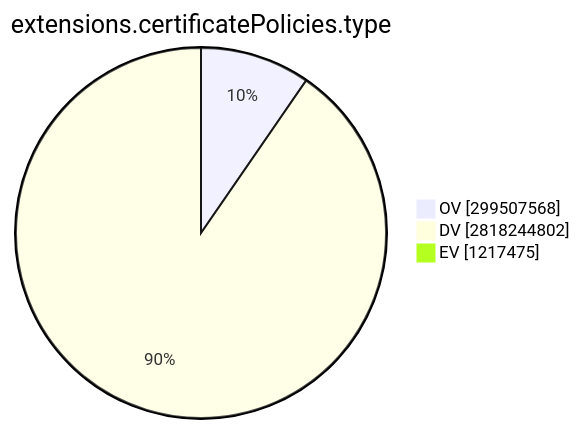
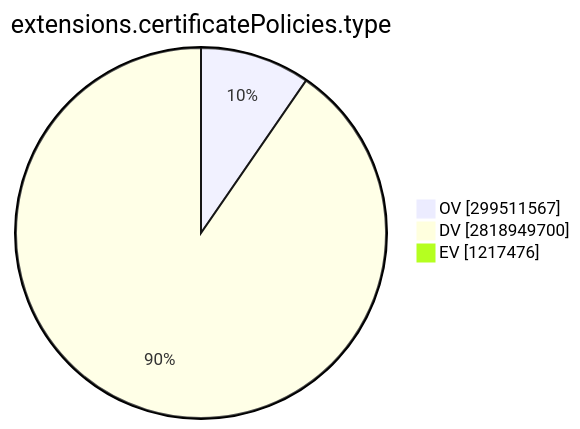
Before and after one commit to christiankrug/ctmonitor_visualization: the ninth of 15 diagrams in TOTAL/README.md, drawn with Mermaid. The commit also changed other lines of this file, not shown here.

````diff
--- a/TOTAL/README.md
+++ b/TOTAL/README.md
@@ -3101,7 +3101,7 @@
 ```mermaid
 pie showData
 title extensions.certificatePolicies.type
-"OV" :299507568
-"DV" :2818244802
-"EV" :1217475
+"OV" :299511567
+"DV" :2818949700
+"EV" :1217476
 ```
````
